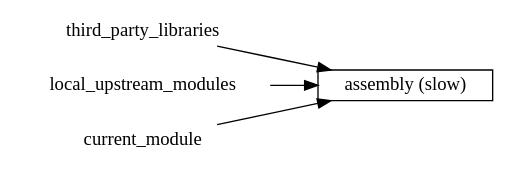
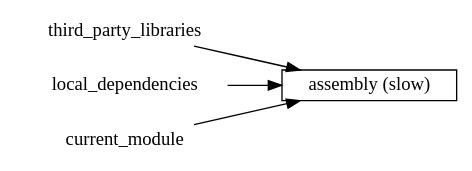
One commit to com-lihaoyi/mill changed the first of 7 diagrams in website/blog/modules/ROOT/pages/9-mill-faster-assembly-jars.adoc. Above: the diagram before and after it, drawn with Graphviz. The commit also changed other lines of this file, not shown here.

````diff
--- a/website/blog/modules/ROOT/pages/9-mill-faster-assembly-jars.adoc
+++ b/website/blog/modules/ROOT/pages/9-mill-faster-assembly-jars.adoc
@@ -370,12 +356,12 @@
 ```graphviz
 digraph G {
   rankdir=LR
   node [shape=box width=0 height=0]
   third_party_libraries -> "assembly (slow)"
-  local_upstream_modules -> "assembly (slow)"
+  local_dependencies -> "assembly (slow)"
   current_module -> "assembly (slow)"
   third_party_libraries [shape=none]
-  local_upstream_modules [shape=none]
+  local_dependencies [shape=none]
   current_module [shape=none]
 }
 ```
````
